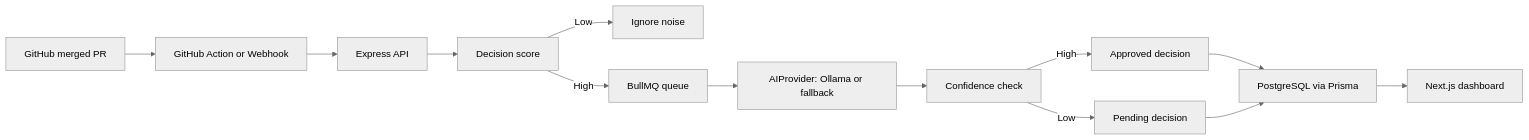
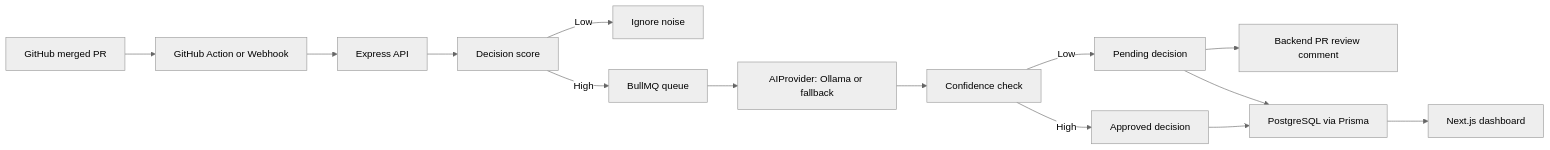
The diagram in README.md (Tausif4171/DecisionCapture), drawn with Mermaid (neutral theme) before and after one commit. The commit also changed other lines of this file and 25 other files, not shown here.

````diff
--- a/README.md
+++ b/README.md
@@ -19,15 +21,16 @@
 ```mermaid
 flowchart LR
   GitHub["GitHub merged PR"] --> Action["GitHub Action or Webhook"]
   Action --> API["Express API"]
   API --> Score["Decision score"]
   Score -->|Low| Ignore["Ignore noise"]
   Score -->|High| Queue["BullMQ queue"]
   Queue --> AI["AIProvider: Ollama or fallback"]
   AI --> Confidence["Confidence check"]
   Confidence -->|High| Approved["Approved decision"]
   Confidence -->|Low| Pending["Pending decision"]
+  Pending --> Comment["Backend PR review comment"]
   Approved --> DB["PostgreSQL via Prisma"]
   Pending --> DB
   DB --> UI["Next.js dashboard"]
 ```
````
